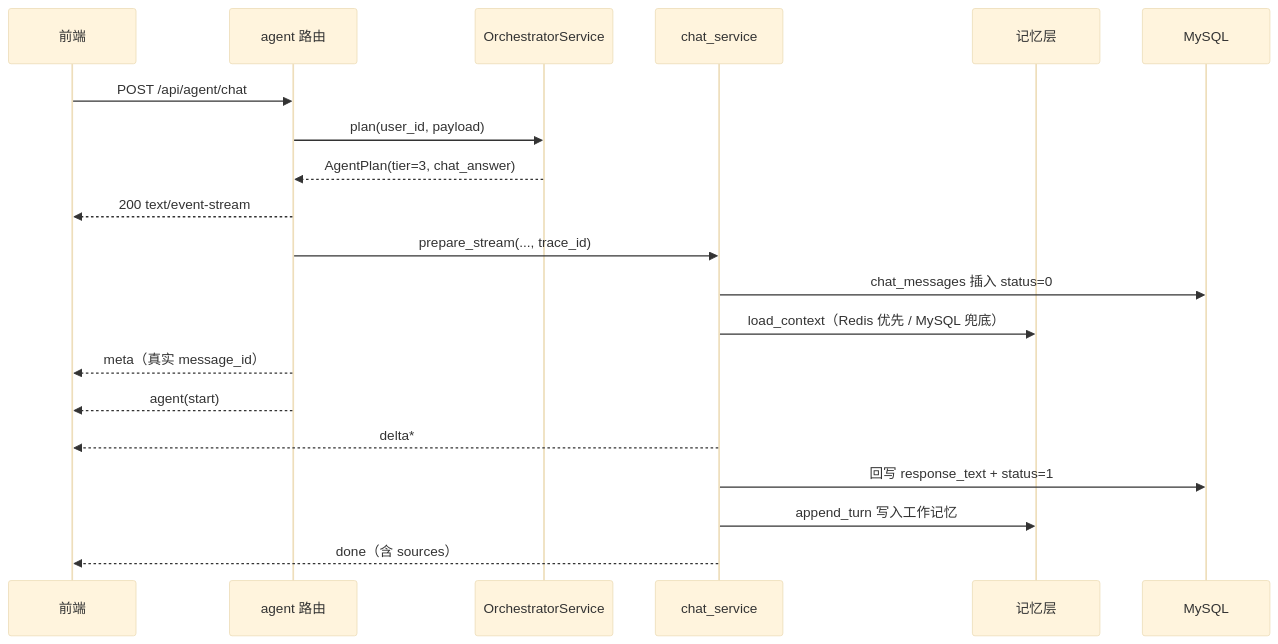
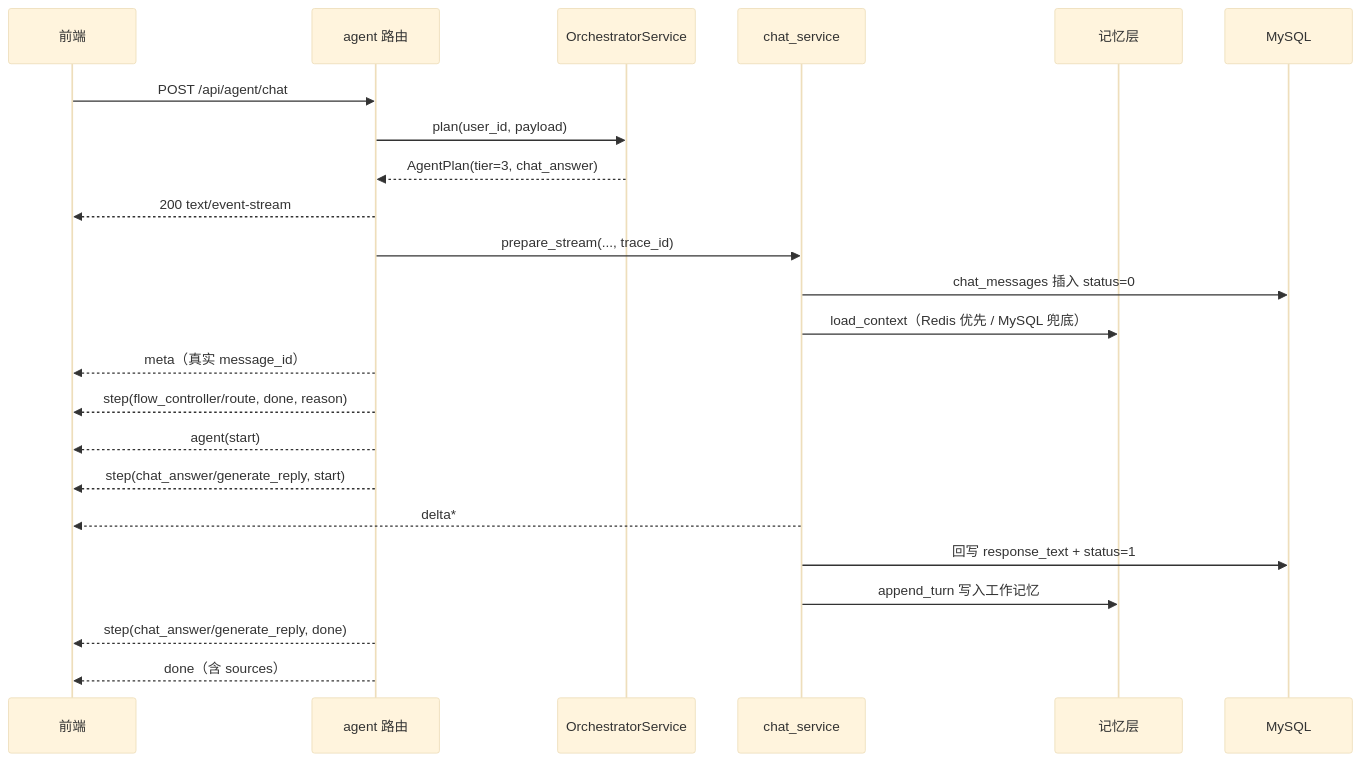
Before and after one commit to jiayinjiang-pistachio/study-pass-ai: the second of 7 diagrams in agent-backend/docs/orchestrator-workflow-design.md, drawn with Mermaid (base theme). The commit also changed other lines of this file and 37 other files, not shown here.

````diff
--- a/agent-backend/docs/orchestrator-workflow-design.md
+++ b/agent-backend/docs/orchestrator-workflow-design.md
@@ -110,23 +116,26 @@
 ```mermaid
 sequenceDiagram
     participant FE as 前端
     participant R as agent 路由
     participant S as OrchestratorService
     participant C as chat_service
     participant M as 记忆层
     participant DB as MySQL
 
     FE->>R: POST /api/agent/chat
     R->>S: plan(user_id, payload)
     S-->>R: AgentPlan(tier=3, chat_answer)
     R-->>FE: 200 text/event-stream
     R->>C: prepare_stream(..., trace_id)
     C->>DB: chat_messages 插入 status=0
     C->>M: load_context（Redis 优先 / MySQL 兜底）
     R-->>FE: meta（真实 message_id）
+    R-->>FE: step(flow_controller/route, done, reason)
     R-->>FE: agent(start)
+    R-->>FE: step(chat_answer/generate_reply, start)
     C-->>FE: delta*
     C->>DB: 回写 response_text + status=1
     C->>M: append_turn 写入工作记忆
-    C-->>FE: done（含 sources）
+    R-->>FE: step(chat_answer/generate_reply, done)
+    R-->>FE: done（含 sources）
 ```
````
